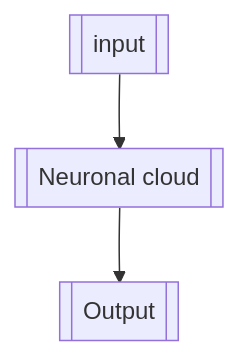
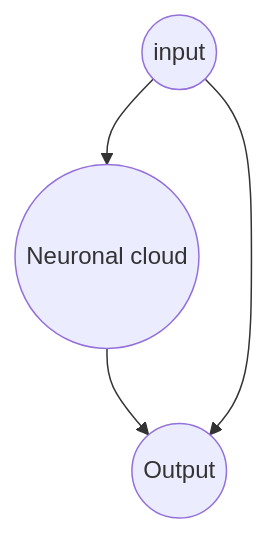
The diagram in ObsidianVault/Specifications/Brain.md (bricout-thomas/intelligentsnakes), drawn with Mermaid before and after one commit. The commit also changed other lines of this file and 6 other files, not shown here.

````diff
--- a/ObsidianVault/Specifications/Brain.md
+++ b/ObsidianVault/Specifications/Brain.md
@@ -15,4 +20,5 @@
 ```mermaid 
 flowchart TD
-I[[input]] --> C[[Neuronal cloud]] --> O[[Output]]
+I((input)) --> C((Neuronal cloud)) --> O((Output))
+I --> O
 ```
````
